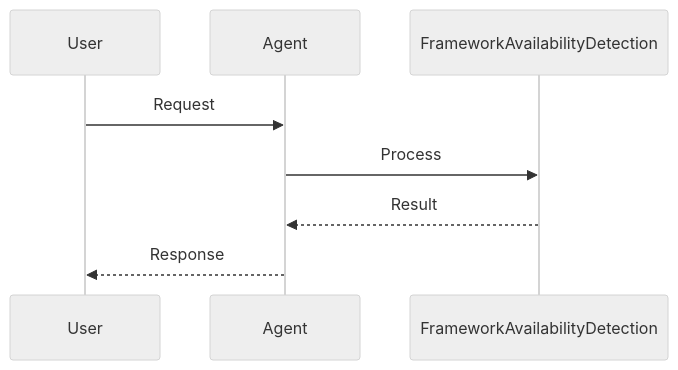
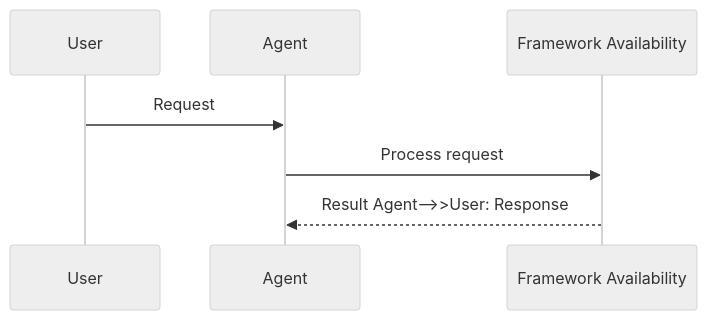
Before and after one commit to MervinPraison/PraisonAIDocs: the second of 2 diagrams in docs/features/framework-availability.mdx, drawn with Mermaid (neutral theme). The commit also changed 204 other files, not shown here.

First line of the commit message:
docs: align feature/tool pages with AGENTS.md hero + sequence + import standards (fixes #1775)

````diff
--- a/docs/features/framework-availability.mdx
+++ b/docs/features/framework-availability.mdx
@@ -49,11 +49,10 @@
 ```mermaid
 sequenceDiagram
     participant User
     participant Agent
-    participant FrameworkAvailabilityDetection
+    participant Feature as Framework Availability
 
     User->>Agent: Request
-    Agent->>FrameworkAvailabilityDetection: Process
-    FrameworkAvailabilityDetection-->>Agent: Result
-    Agent-->>User: Response
+    Agent->>Feature: Process request
+    Feature-->>Agent: Result    Agent-->>User: Response
 ```
````
